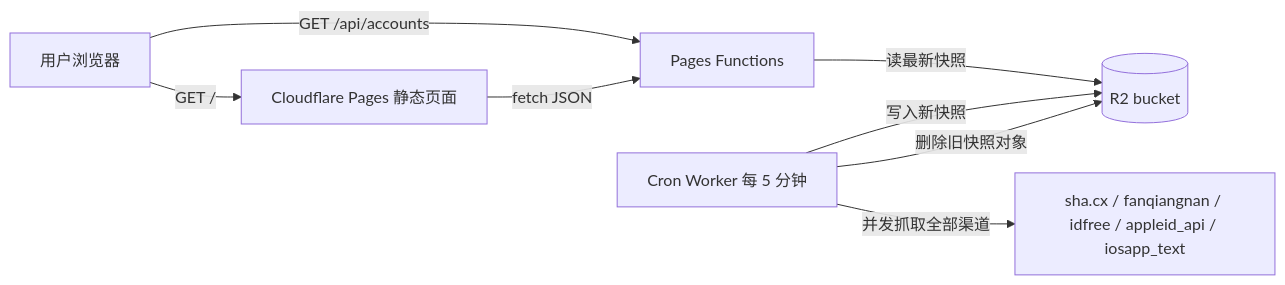
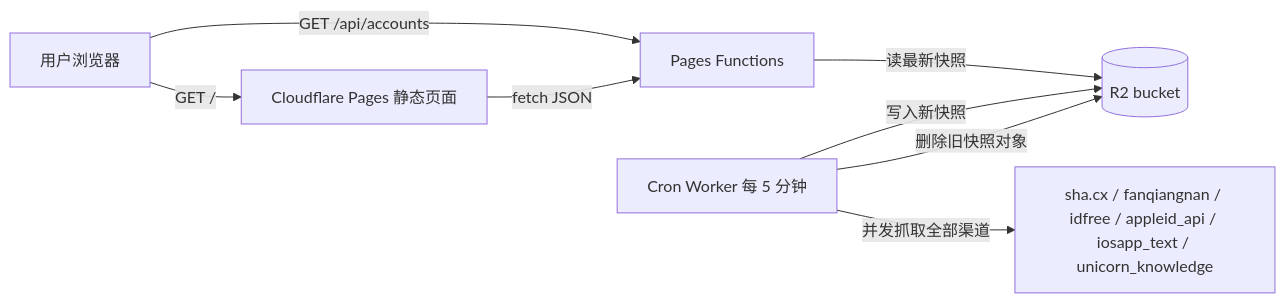
The diagram in docs/CLOUDFLARE_R2.md (Q1YZn/appleshare-hub), drawn with Mermaid before and after one commit. The commit also changed other lines of this file and 33 other files, not shown here.

Commit message:
feat: add unicorn knowledge provider and shadowrocket filter

````diff
--- a/docs/CLOUDFLARE_R2.md
+++ b/docs/CLOUDFLARE_R2.md
@@ -24,10 +25,10 @@
 ```mermaid
 flowchart LR
     User[用户浏览器] -->|GET /| Pages[Cloudflare Pages 静态页面]
     User -->|GET /api/accounts| Fn[Pages Functions]
     Pages -->|fetch JSON| Fn
     Fn -->|读最新快照| R2[(R2 bucket)]
-    Cron[Cron Worker 每 5 分钟] -->|并发抓取全部渠道| Upstream[sha.cx / fanqiangnan / idfree / appleid_api / iosapp_text]
+    Cron[Cron Worker 每 5 分钟] -->|并发抓取全部渠道| Upstream[sha.cx / fanqiangnan / idfree / appleid_api / iosapp_text / unicorn_knowledge]
     Cron -->|写入新快照| R2
     Cron -->|删除旧快照对象| R2
 ```
````
